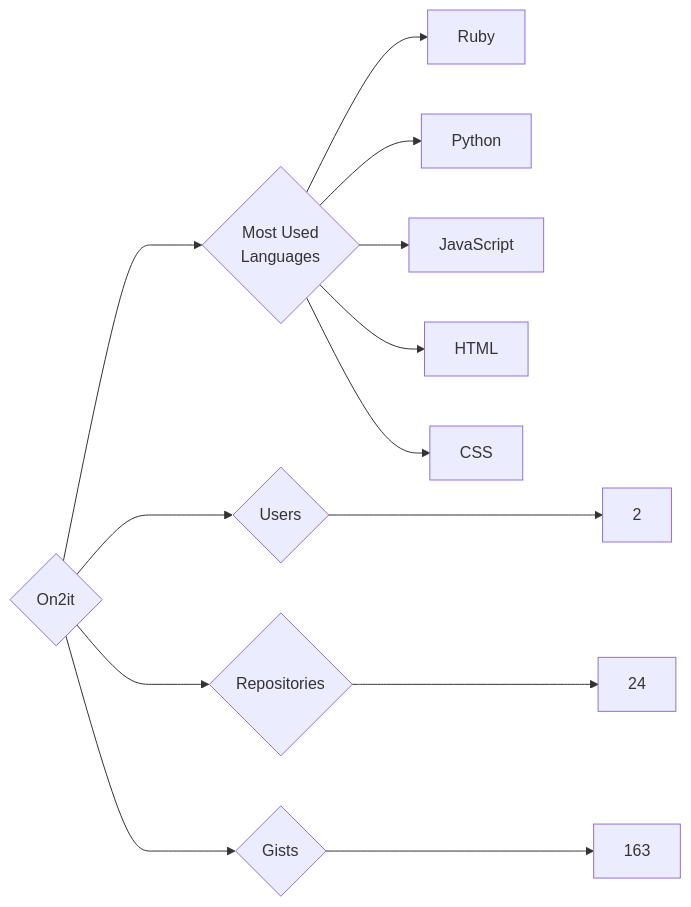
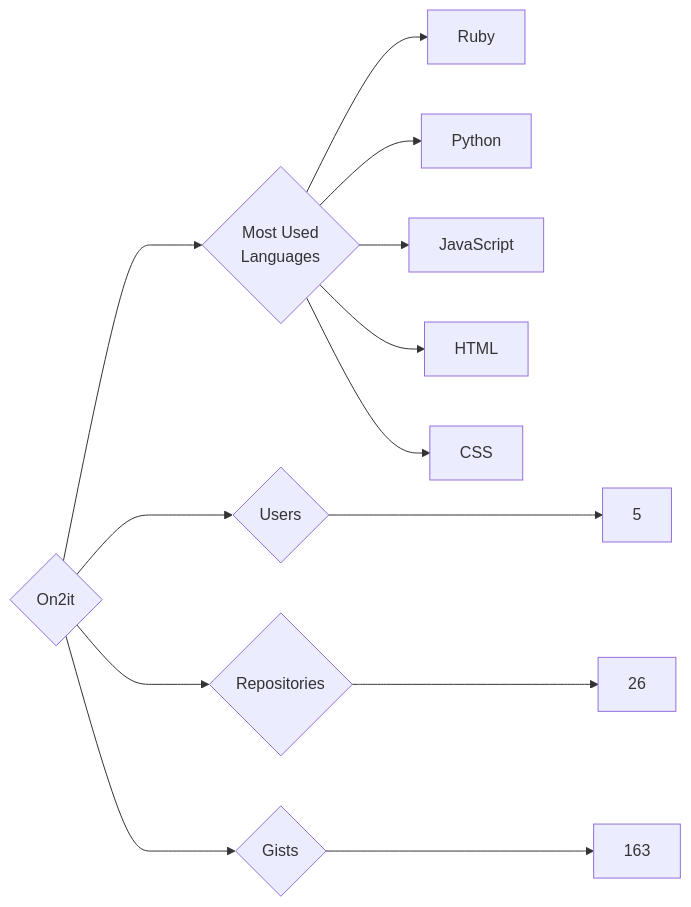
The diagram in targets/On2it/README.md (trickest/insiders), drawn with Mermaid before and after one commit. The commit also changed 1011 other files, not shown here.

````diff
--- a/targets/On2it/README.md
+++ b/targets/On2it/README.md
@@ -3,13 +3,13 @@
 ```mermaid
 graph LR
 COMPANY_NAME{On2it}
-COMPANY_NAME ---> U{Users} ---> UN[2]
-COMPANY_NAME ---> R{Repositories} ---> RN[24]
+COMPANY_NAME ---> U{Users} ---> UN[5]
+COMPANY_NAME ---> R{Repositories} ---> RN[26]
 COMPANY_NAME ---> G{Gists} ---> GN[163]
 COMPANY_NAME ---> ML{Most Used<br>Languages}
 ML --> Ruby[Ruby]
 ML --> Python[Python]
 ML --> JavaScript[JavaScript]
 ML --> HTML[HTML]
 ML --> CSS[CSS]
 ```
````
